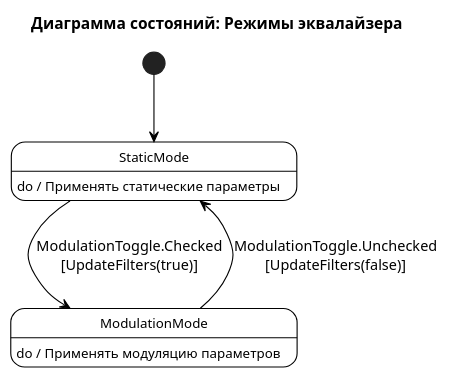
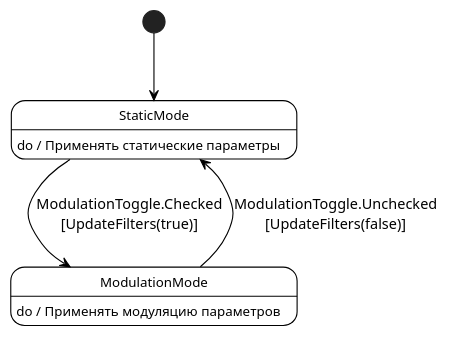
Before and after one commit to alex-pyslar/dream-synth: the diagram in docs/Equalizer/state.puml, drawn with PlantUML. The commit also changed 26 other files, not shown here.

Commit message:
Редактирование блок схем

```diff
--- a/docs/Equalizer/state.puml
+++ b/docs/Equalizer/state.puml
@@ -1,24 +1,22 @@
 @startuml StateDiagramEqualizerModulation
 
 skinparam monochrome true
 skinparam shadowing false
 skinparam stateFontSize 12
 skinparam stateFontName Arial
 skinparam stateBorderThickness 1
 skinparam stateBackgroundColor none
 skinparam stateBorderColor black
 skinparam stateCornerRadius 0
 skinparam defaultCornerRadius 0
 skinparam ArrowColor black
 skinparam style strictuml
 
-title Диаграмма состояний: Режимы эквалайзера
-
 [*] --> StaticMode
 
 StaticMode --> ModulationMode : ModulationToggle.Checked\n[UpdateFilters(true)]
 ModulationMode --> StaticMode : ModulationToggle.Unchecked\n[UpdateFilters(false)]
 ModulationMode : do / Применять модуляцию параметров
 StaticMode : do / Применять статические параметры
 
 @enduml
```
